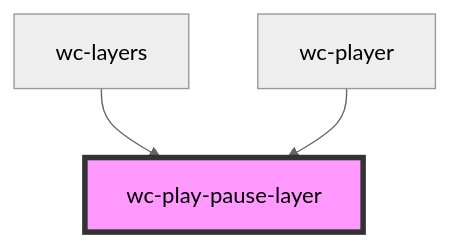
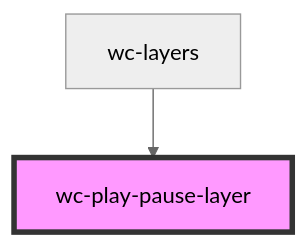
One commit to iChengbo/wcplayer changed the diagram in packages/wcplayer-components/src/components/wc-play-pause-layer/readme.md. Above: the diagram before and after it, drawn with Mermaid (neutral theme). The commit also changed other lines of this file and 5 other files, not shown here.

````diff
--- a/packages/wcplayer-components/src/components/wc-play-pause-layer/readme.md
+++ b/packages/wcplayer-components/src/components/wc-play-pause-layer/readme.md
@@ -16,6 +15,5 @@
 ```mermaid
 graph TD;
   wc-layers --> wc-play-pause-layer
-  wc-player --> wc-play-pause-layer
   style wc-play-pause-layer fill:#f9f,stroke:#333,stroke-width:4px
 ```
````
